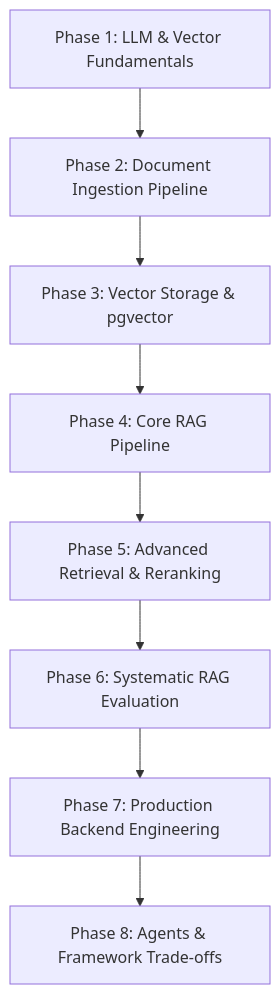
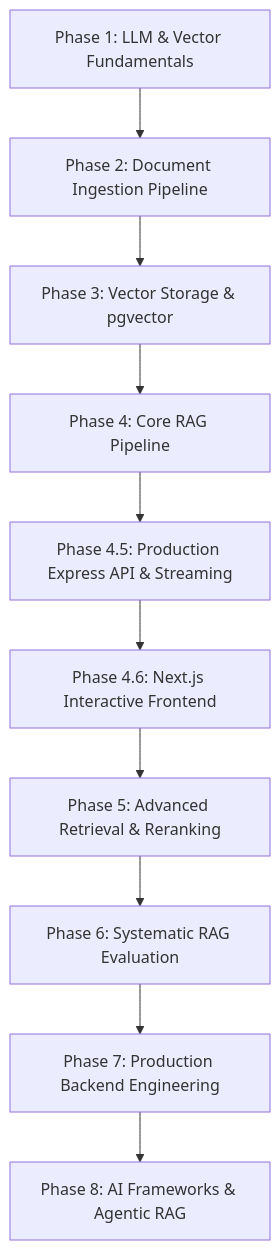
The diagram in LEARNING_ROADMAP.md (mayankjain92/knowledgebase-ai), drawn with Mermaid before and after one commit. The commit also changed other lines of this file and 8 other files, not shown here.

First line of the commit message:
feat: implement document upload, retrieval, and deletion API

````diff
--- a/LEARNING_ROADMAP.md
+++ b/LEARNING_ROADMAP.md
@@ -9,10 +9,12 @@
 ```mermaid
 flowchart TD
     P1["Phase 1: LLM & Vector Fundamentals"] --> P2["Phase 2: Document Ingestion Pipeline"]
     P2 --> P3["Phase 3: Vector Storage & pgvector"]
     P3 --> P4["Phase 4: Core RAG Pipeline"]
-    P4 --> P5["Phase 5: Advanced Retrieval & Reranking"]
+    P4 --> P45["Phase 4.5: Production Express API & Streaming"]
+    P45 --> P46["Phase 4.6: Next.js Interactive Frontend"]
+    P46 --> P5["Phase 5: Advanced Retrieval & Reranking"]
     P5 --> P6["Phase 6: Systematic RAG Evaluation"]
     P6 --> P7["Phase 7: Production Backend Engineering"]
-    P7 --> P8["Phase 8: Agents & Framework Trade-offs"]
+    P7 --> P8["Phase 8: AI Frameworks & Agentic RAG"]
 ```
````
